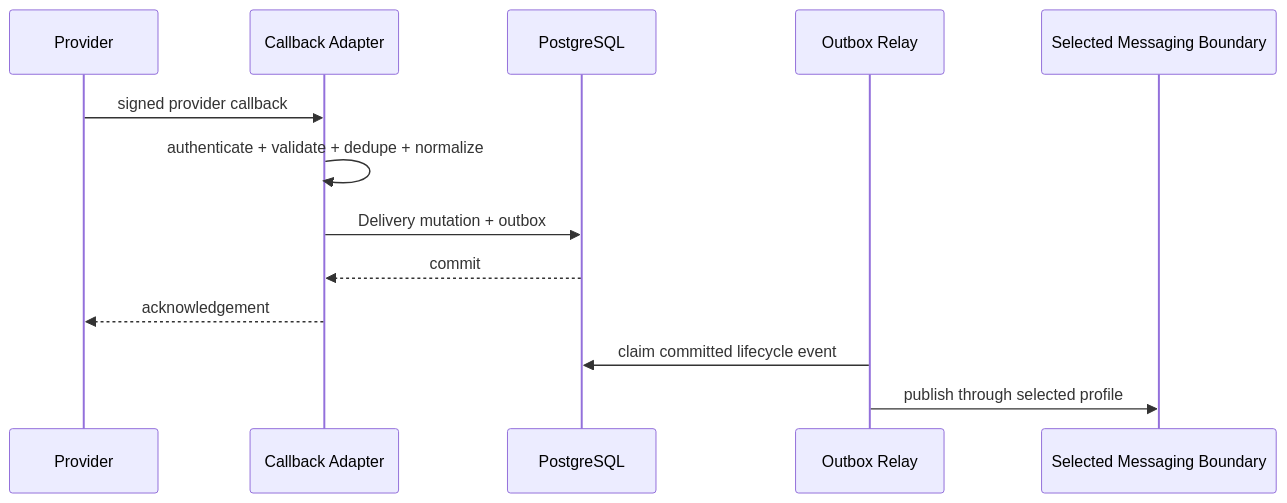
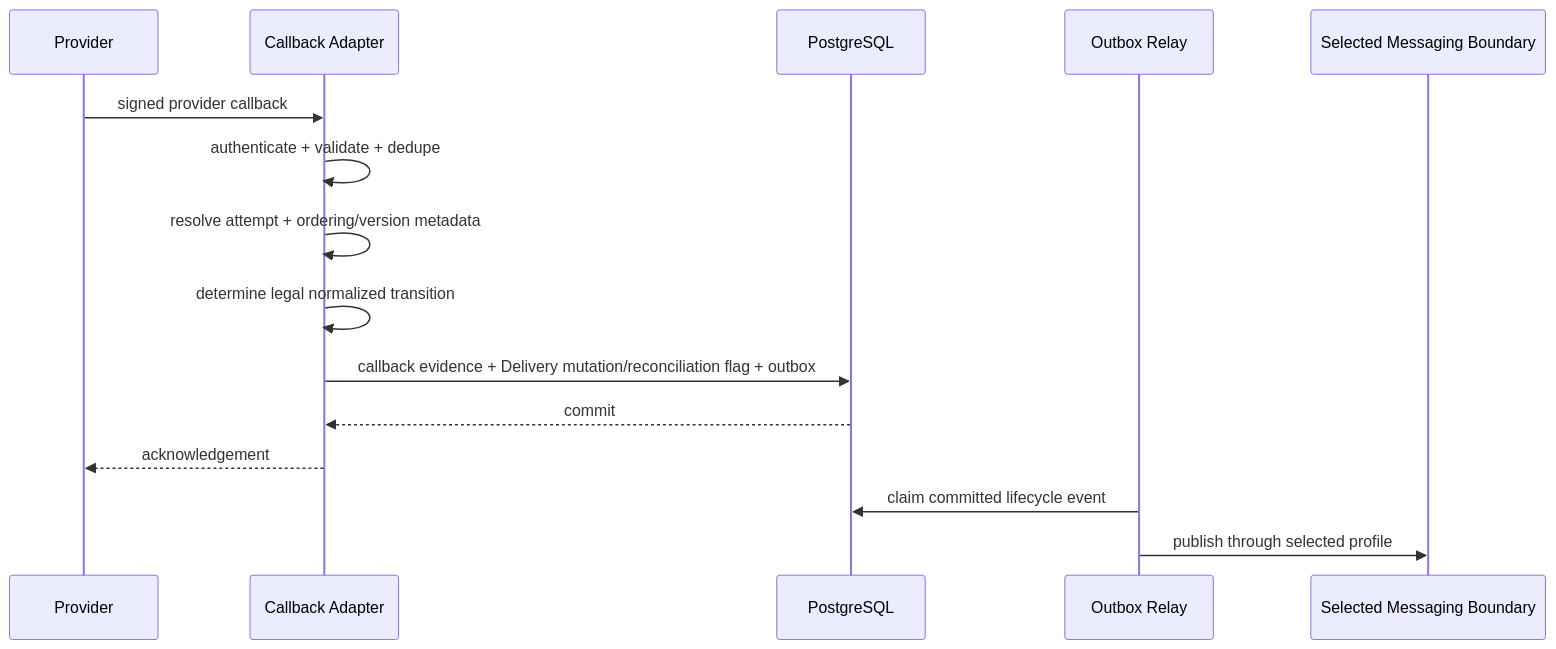
Before and after one commit to anshacerbia2/scnehaux-architecture: the seventh of 9 diagrams in 04-system/scnehaux-notification-platform/scnehaux-notification-platform.sad.md, drawn with Mermaid. The commit also changed other lines of this file, not shown here.

Commit message:
feat(notification): harden runtime lifecycle callback ordering and provider isolation

````diff
--- a/04-system/scnehaux-notification-platform/scnehaux-notification-platform.sad.md
+++ b/04-system/scnehaux-notification-platform/scnehaux-notification-platform.sad.md
@@ -405,16 +412,18 @@
 ```mermaid
 sequenceDiagram
     participant X as Provider
     participant N as Callback Adapter
     participant D as PostgreSQL
     participant R as Outbox Relay
     participant M as Selected Messaging Boundary
 
     X->>N: signed provider callback
-    N->>N: authenticate + validate + dedupe + normalize
-    N->>D: Delivery mutation + outbox
+    N->>N: authenticate + validate + dedupe
+    N->>N: resolve attempt + ordering/version metadata
+    N->>N: determine legal normalized transition
+    N->>D: callback evidence + Delivery mutation/reconciliation flag + outbox
     D-->>N: commit
     N-->>X: acknowledgement
     R->>D: claim committed lifecycle event
     R->>M: publish through selected profile
 ```
````
